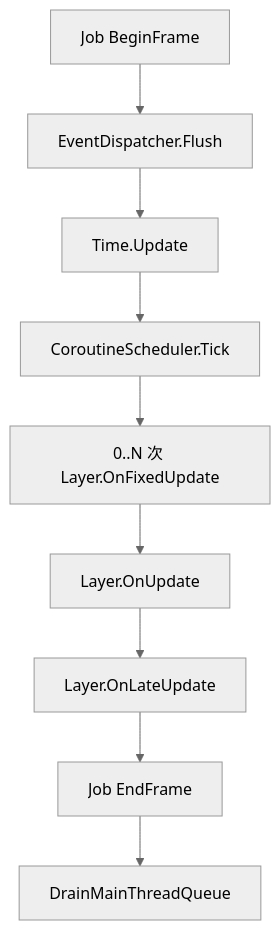
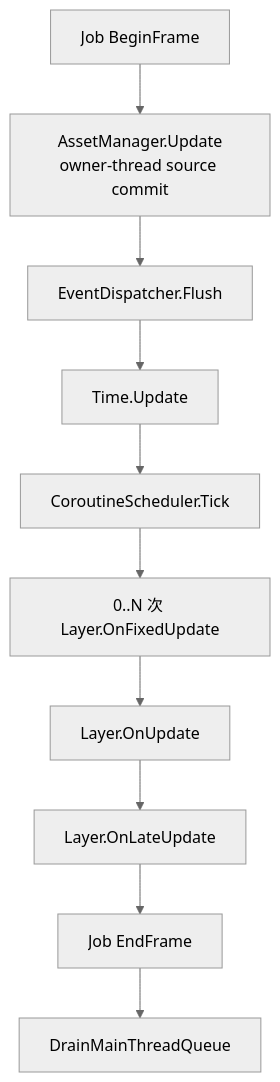
The diagram in docs/core/Inno.Core.Framework.md (FLwolfy/InnoEngine), drawn with Mermaid (neutral theme) before and after one commit. The commit also changed other lines of this file and 84 other files, not shown here.

````diff
--- a/docs/core/Inno.Core.Framework.md
+++ b/docs/core/Inno.Core.Framework.md
@@ -49,11 +61,12 @@
 ```mermaid
 flowchart TD
-    A["Job BeginFrame"] --> B["EventDispatcher.Flush"]
-    B --> C["Time.Update"]
-    C --> D["CoroutineScheduler.Tick"]
-    D --> E["0..N 次 Layer.OnFixedUpdate"]
-    E --> F["Layer.OnUpdate"]
-    F --> G["Layer.OnLateUpdate"]
-    G --> H["Job EndFrame"]
-    H --> I["DrainMainThreadQueue"]
+    A["Job BeginFrame"] --> B["AssetManager.Update<br/>owner-thread source commit"]
+    B --> C["EventDispatcher.Flush"]
+    C --> D["Time.Update"]
+    D --> E["CoroutineScheduler.Tick"]
+    E --> F["0..N 次 Layer.OnFixedUpdate"]
+    F --> G["Layer.OnUpdate"]
+    G --> H["Layer.OnLateUpdate"]
+    H --> I["Job EndFrame"]
+    I --> J["DrainMainThreadQueue"]
 ```
````
